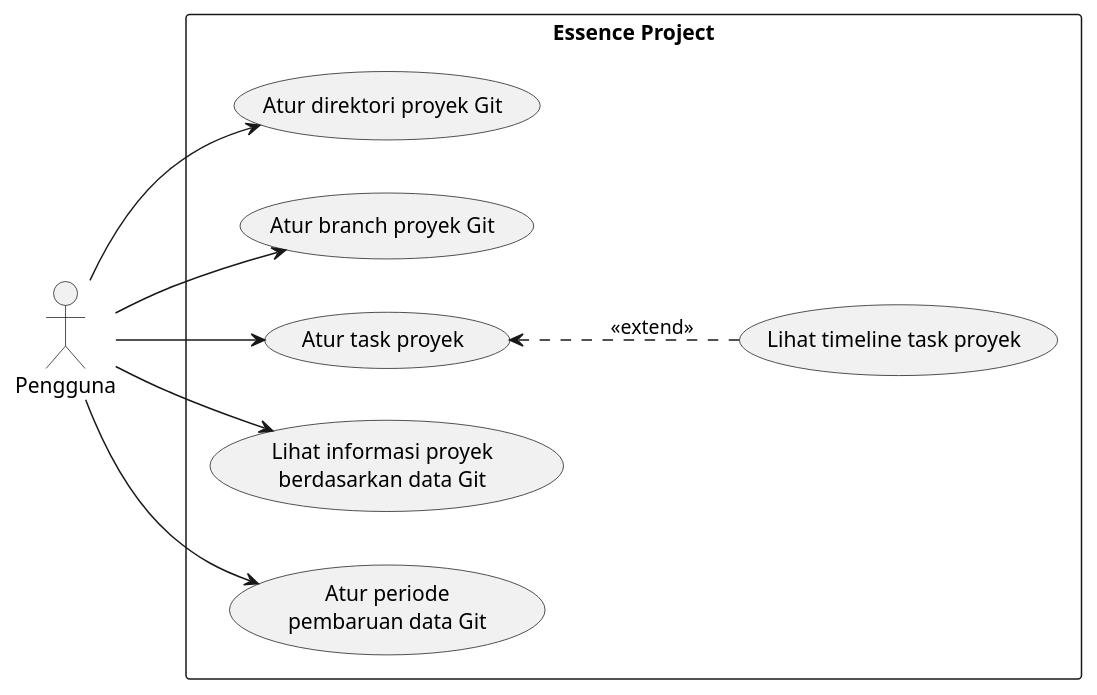
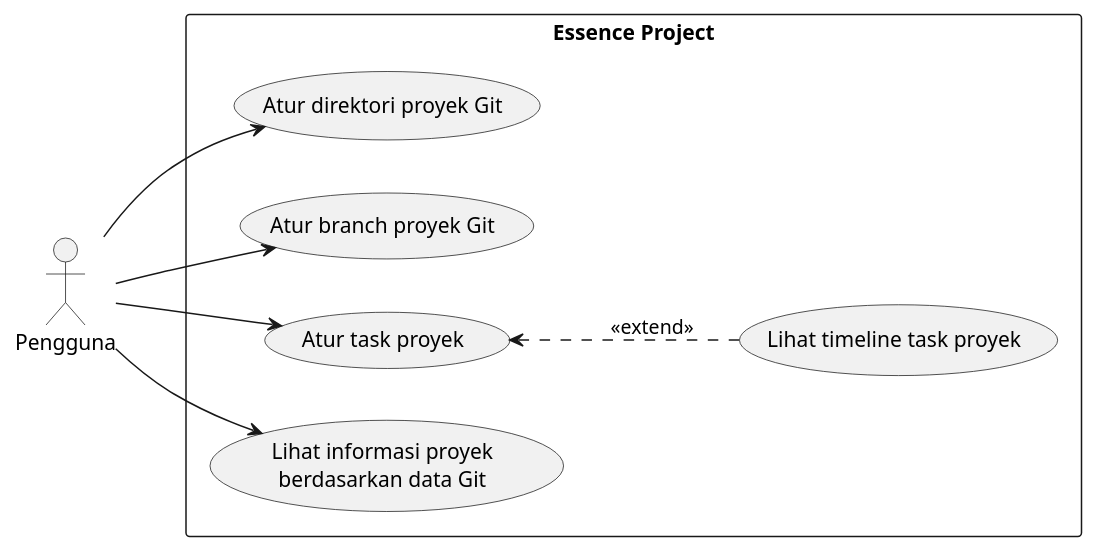
One commit to imdar1/GitMonitor changed the diagram in docs/res/use_case.pu. Above: the diagram before and after it, drawn with PlantUML. The commit also changed 2 other files, not shown here.

Commit message:
Add class diagram, update use case

```diff
--- a/docs/res/use_case.pu
+++ b/docs/res/use_case.pu
@@ -1,19 +1,17 @@
 @startuml use_case
 skinparam monochrome true
 left to right direction
 actor Pengguna as u
 rectangle "Essence Project" {
     usecase "Atur direktori proyek Git" as uc1
     usecase "Atur branch proyek Git" as uc2
     usecase "Atur task proyek" as uc3
     usecase "Lihat timeline task proyek" as uc4
     usecase "Lihat informasi proyek\nberdasarkan data Git" as uc5
-    usecase "Atur periode\npembaruan data Git" as uc6
 } 
 u --> uc1
 u --> uc2
 u --> uc3
 u --> uc5
 uc3 <.. uc4 : <<extend>>
-u --> uc6
 @enduml
```
